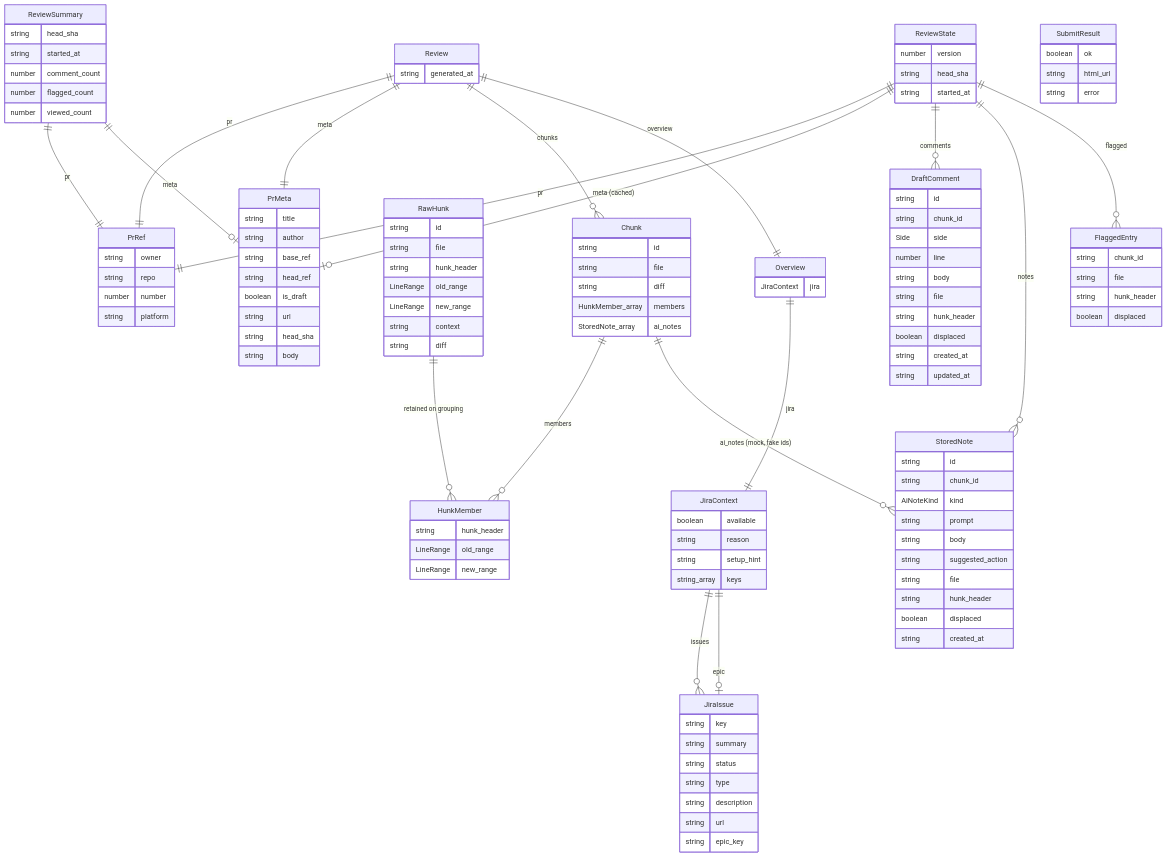
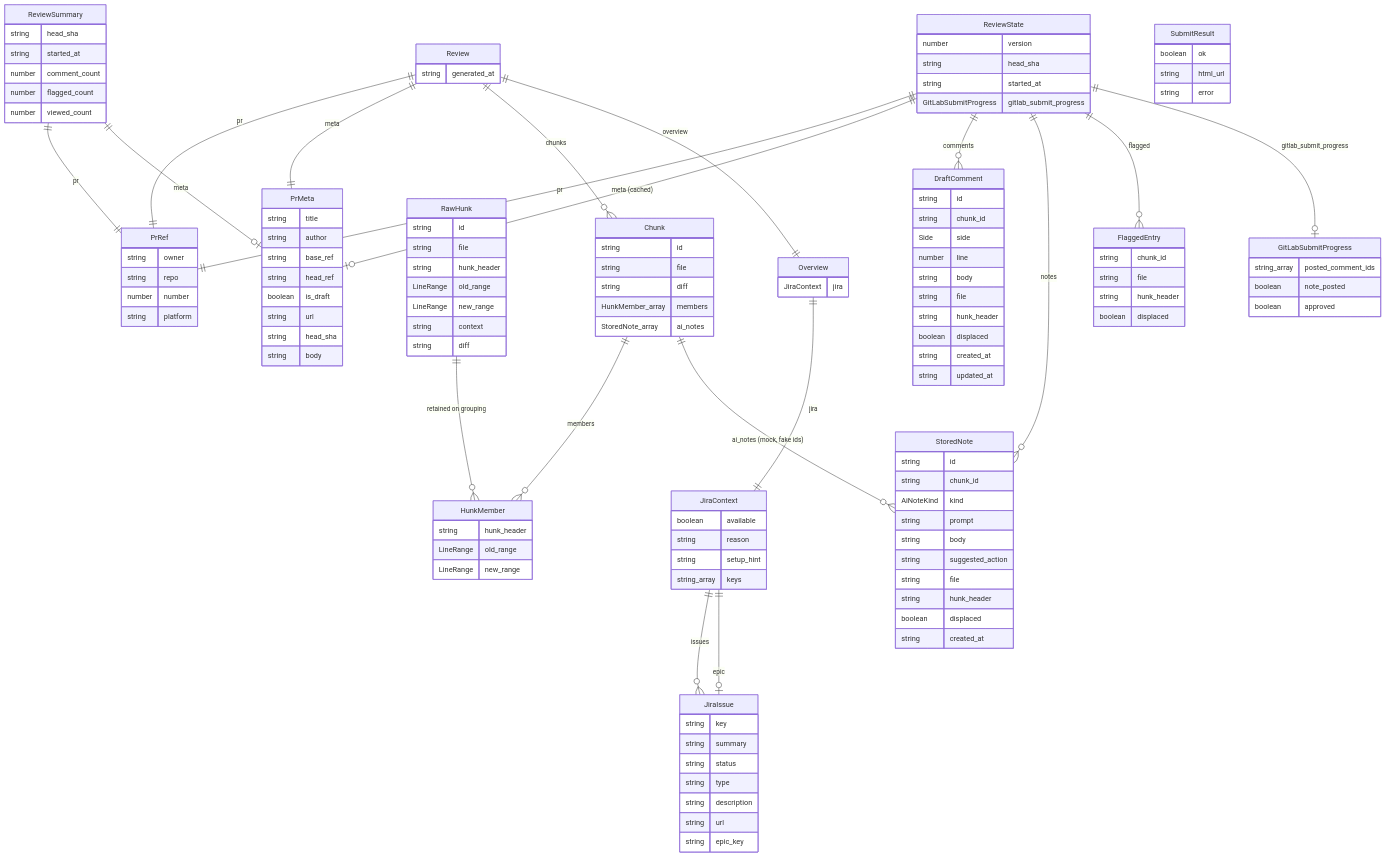
The first of 3 diagrams in README.md (moui72/assisted-review), drawn with Mermaid before and after one commit. The commit also changed 5 other files, not shown here.

````diff
--- a/README.md
+++ b/README.md
@@ -283,6 +283,12 @@
         number version
         string head_sha
         string started_at
+        GitLabSubmitProgress gitlab_submit_progress
+    }
+    GitLabSubmitProgress {
+        string_array posted_comment_ids
+        boolean note_posted
+        boolean approved
     }
     ReviewSummary {
         string head_sha
@@ -312,6 +318,7 @@
     ReviewState ||--o{ DraftComment : "comments"
     ReviewState ||--o{ StoredNote : "notes"
     ReviewState ||--o{ FlaggedEntry : "flagged"
+    ReviewState ||--o| GitLabSubmitProgress : "gitlab_submit_progress"
     ReviewSummary ||--|| PrRef : "pr"
     ReviewSummary ||--o| PrMeta : "meta"
 ```
````
